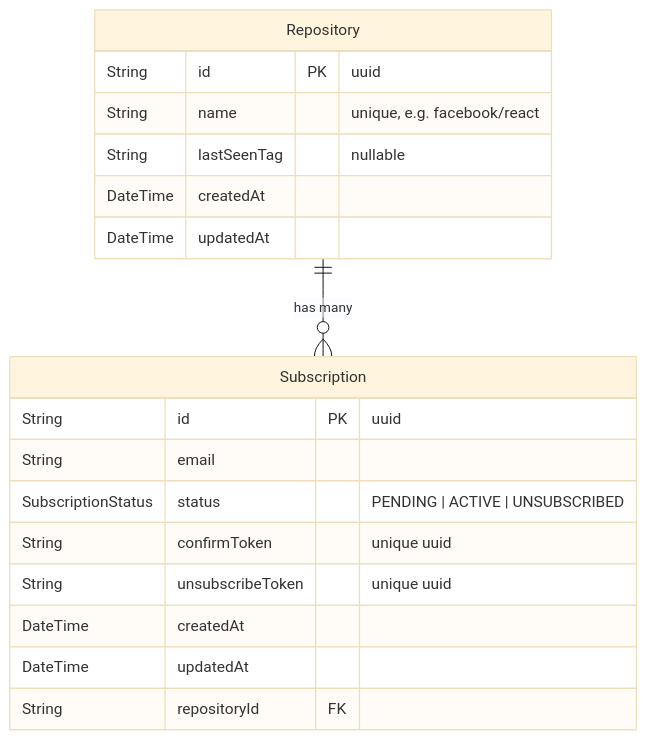
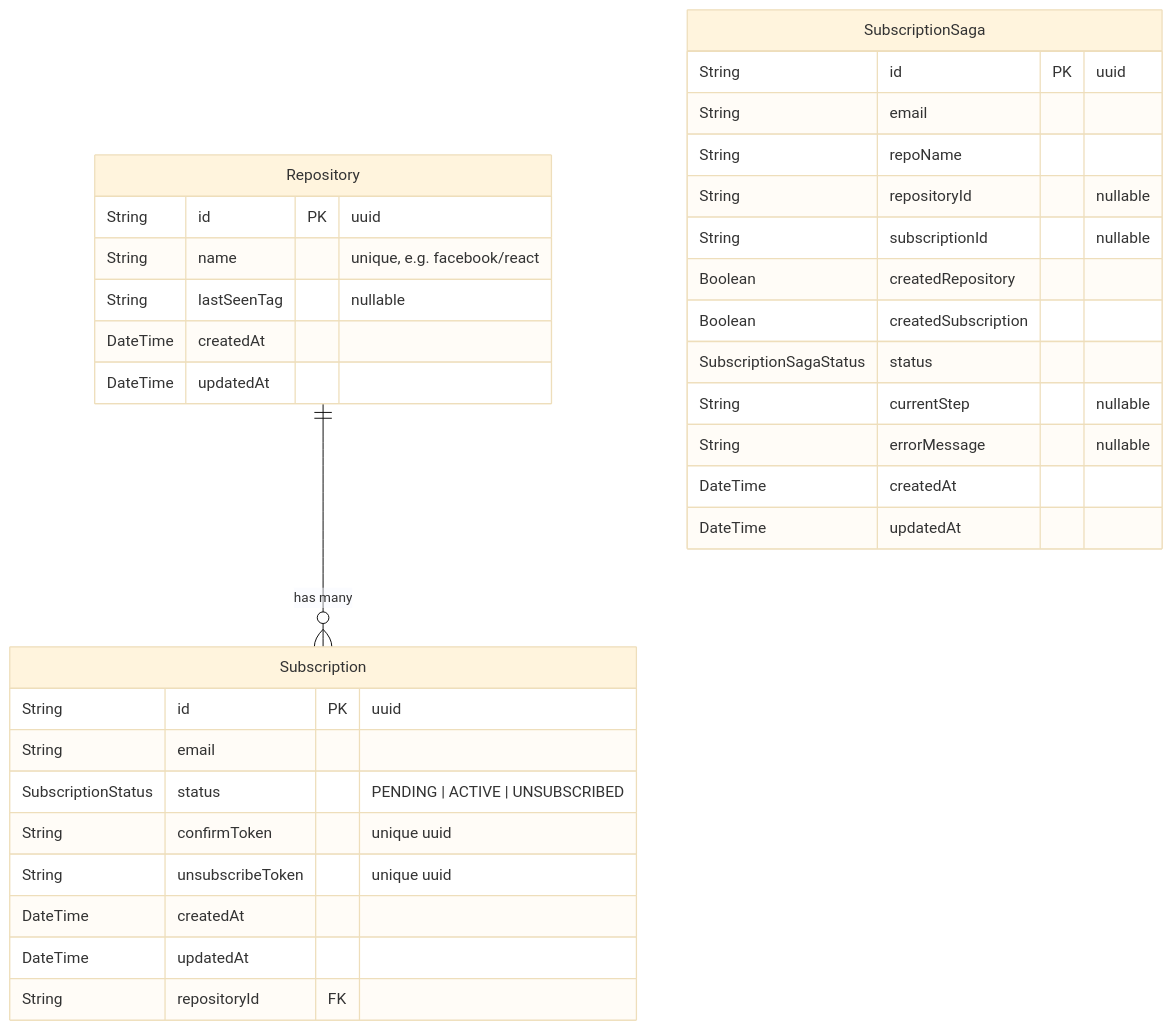
One commit to GenesisEducationKyiv/software-engineering-school-6-0-IvanGodPro24 changed the second of 2 diagrams in docs/system-design.md. Above: the diagram before and after it, drawn with Mermaid (base theme). The commit also changed other lines of this file and 5 other files, not shown here.

Commit message:
docs: document orchestrated subscription saga

````diff
--- a/docs/system-design.md
+++ b/docs/system-design.md
@@ -164,23 +207,38 @@
 ```mermaid
 erDiagram
     Repository {
         String id PK "uuid"
         String name "unique, e.g. facebook/react"
         String lastSeenTag "nullable"
         DateTime createdAt
         DateTime updatedAt
     }
 
     Subscription {
         String id PK "uuid"
         String email
         SubscriptionStatus status "PENDING | ACTIVE | UNSUBSCRIBED"
         String confirmToken "unique uuid"
         String unsubscribeToken "unique uuid"
         DateTime createdAt
         DateTime updatedAt
         String repositoryId FK
     }
 
+    SubscriptionSaga {
+        String id PK "uuid"
+        String email
+        String repoName
+        String repositoryId "nullable"
+        String subscriptionId "nullable"
+        Boolean createdRepository
+        Boolean createdSubscription
+        SubscriptionSagaStatus status
+        String currentStep "nullable"
+        String errorMessage "nullable"
+        DateTime createdAt
+        DateTime updatedAt
+    }
+
     Repository ||--o{ Subscription : "has many"
 ```
````
